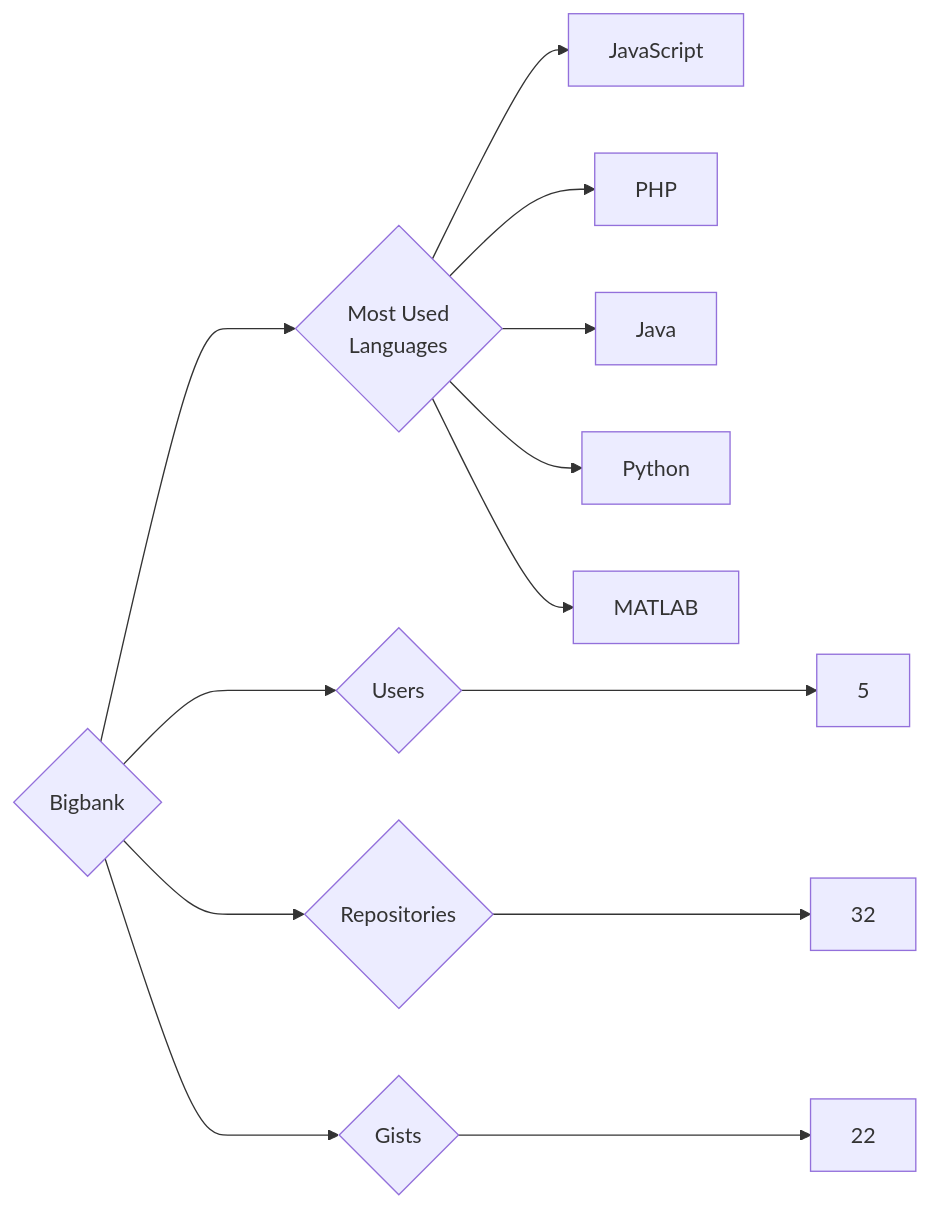
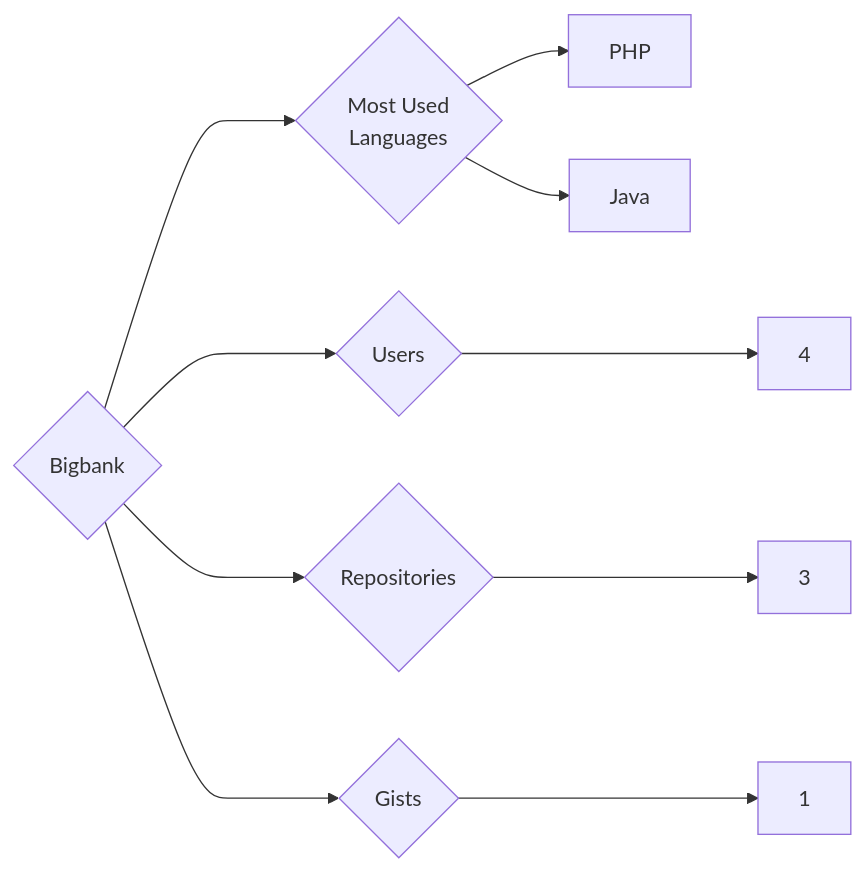
Before and after one commit to trickest/insiders: the diagram in targets/Bigbank/README.md, drawn with Mermaid. The commit also changed 1089 other files, not shown here.

````diff
--- a/targets/Bigbank/README.md
+++ b/targets/Bigbank/README.md
@@ -3,13 +3,10 @@
 ```mermaid
 graph LR
 COMPANY_NAME{Bigbank}
-COMPANY_NAME ---> U{Users} ---> UN[5]
-COMPANY_NAME ---> R{Repositories} ---> RN[32]
-COMPANY_NAME ---> G{Gists} ---> GN[22]
+COMPANY_NAME ---> U{Users} ---> UN[4]
+COMPANY_NAME ---> R{Repositories} ---> RN[3]
+COMPANY_NAME ---> G{Gists} ---> GN[1]
 COMPANY_NAME ---> ML{Most Used<br>Languages}
-ML --> JavaScript[JavaScript]
 ML --> PHP[PHP]
 ML --> Java[Java]
-ML --> Python[Python]
-ML --> MATLAB[MATLAB]
 ```
````
